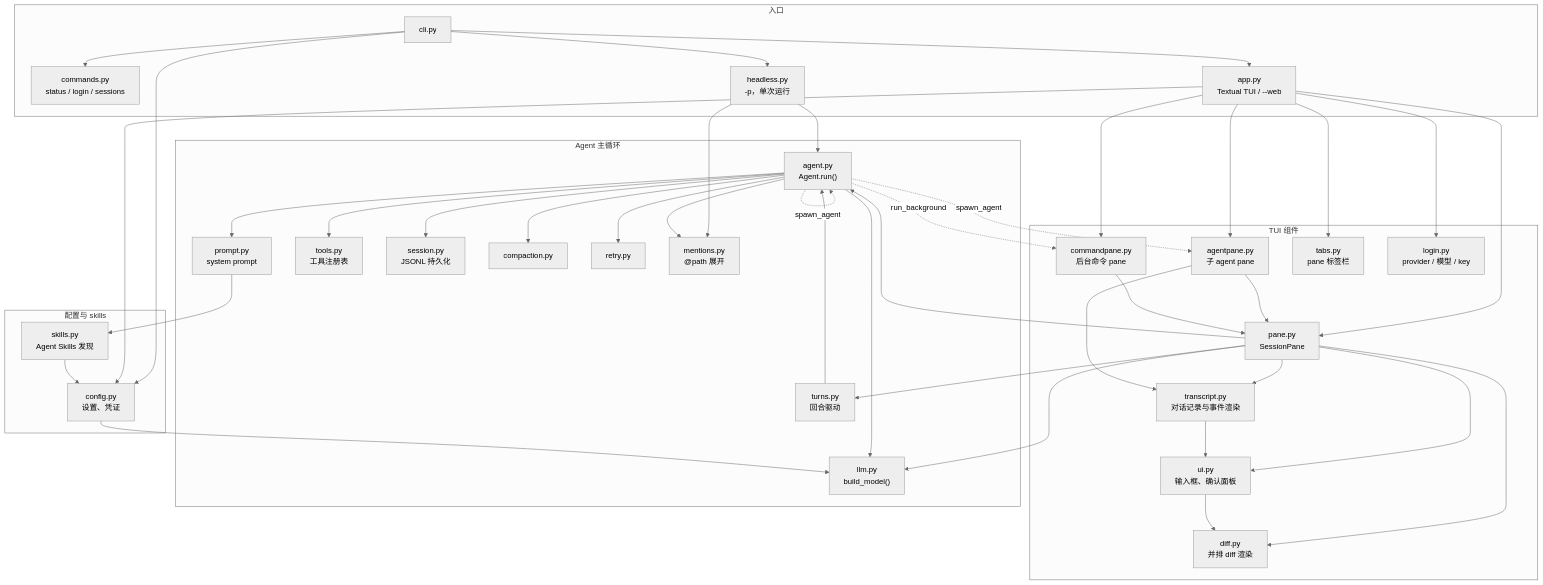
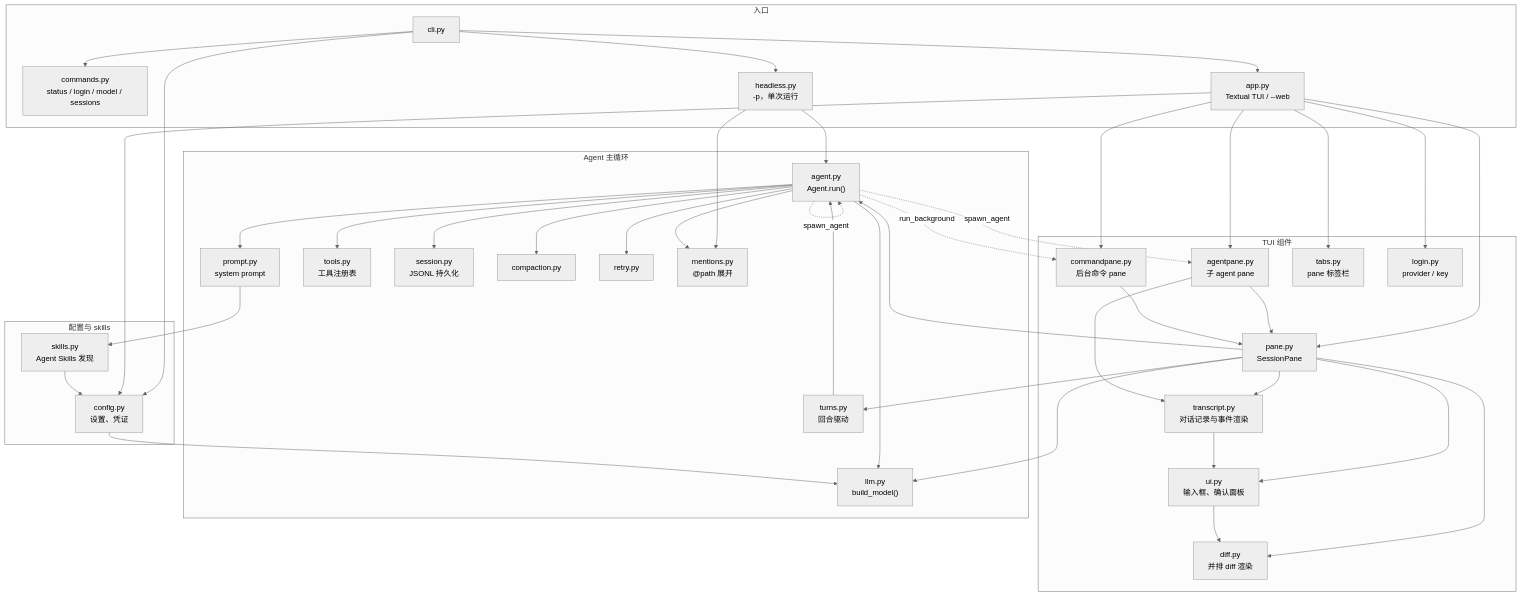
Before and after one commit to aisk/paimon: the diagram in README.zh-CN.md, drawn with Mermaid (neutral theme). The commit also changed other lines of this file and 10 other files, not shown here.

Commit message:
✨ Log in to a provider without choosing the model again

````diff
--- a/README.zh-CN.md
+++ b/README.zh-CN.md
@@ -125,82 +125,82 @@
 ```mermaid
 flowchart TD
     subgraph entry["入口"]
         CLI["cli.py"]
-        Commands["commands.py<br/>status / login / sessions"]
+        Commands["commands.py<br/>status / login / model / sessions"]
         Headless["headless.py<br/>-p，单次运行"]
         App["app.py<br/>Textual TUI / --web"]
     end
 
     subgraph tui["TUI 组件"]
         Pane["pane.py<br/>SessionPane"]
         AgentPane["agentpane.py<br/>子 agent pane"]
         CommandPane["commandpane.py<br/>后台命令 pane"]
         Transcript["transcript.py<br/>对话记录与事件渲染"]
         Tabs["tabs.py<br/>pane 标签栏"]
-        Login["login.py<br/>provider / 模型 / key"]
+        Login["login.py<br/>provider / key"]
         UIWidgets["ui.py<br/>输入框、确认面板"]
         Diff["diff.py<br/>并排 diff 渲染"]
     end
 
     subgraph core["Agent 主循环"]
         AgentLoop["agent.py<br/>Agent.run()"]
         LLM["llm.py<br/>build_model()"]
         PromptMod["prompt.py<br/>system prompt"]
         ToolsMod["tools.py<br/>工具注册表"]
         SessionMod["session.py<br/>JSONL 持久化"]
         Compaction["compaction.py"]
         Retry["retry.py"]
         Mentions["mentions.py<br/>@path 展开"]
         Jobs["turns.py<br/>回合驱动"]
     end
 
     subgraph support["配置与 skills"]
         Config["config.py<br/>设置、凭证"]
         Skills["skills.py<br/>Agent Skills 发现"]
     end
 
     CLI --> Commands
     CLI --> Headless
     CLI --> App
     CLI --> Config
 
     Headless --> AgentLoop
     Headless --> Mentions
 
     App --> Pane
     App --> AgentPane
     App --> CommandPane
     App --> Tabs
     App --> Login
     App --> Config
 
     Pane --> Jobs
     Pane --> AgentLoop
     Pane --> Diff
     Pane --> Transcript
     Pane --> UIWidgets
     Pane --> LLM
     AgentPane --> Pane
     AgentPane --> Transcript
     CommandPane --> Pane
     Transcript --> UIWidgets
     UIWidgets --> Diff
 
     AgentLoop --> LLM
     AgentLoop --> PromptMod
     AgentLoop --> ToolsMod
     AgentLoop --> SessionMod
     AgentLoop --> Compaction
     AgentLoop --> Retry
     AgentLoop --> Mentions
     AgentLoop -. "spawn_agent" .-> AgentLoop
     AgentLoop -. "spawn_agent" .-> AgentPane
     AgentLoop -. "run_background" .-> CommandPane
 
     PromptMod --> Skills
 
     Jobs --> AgentLoop
 
     Skills --> Config
     Config --> LLM
 ```
````
